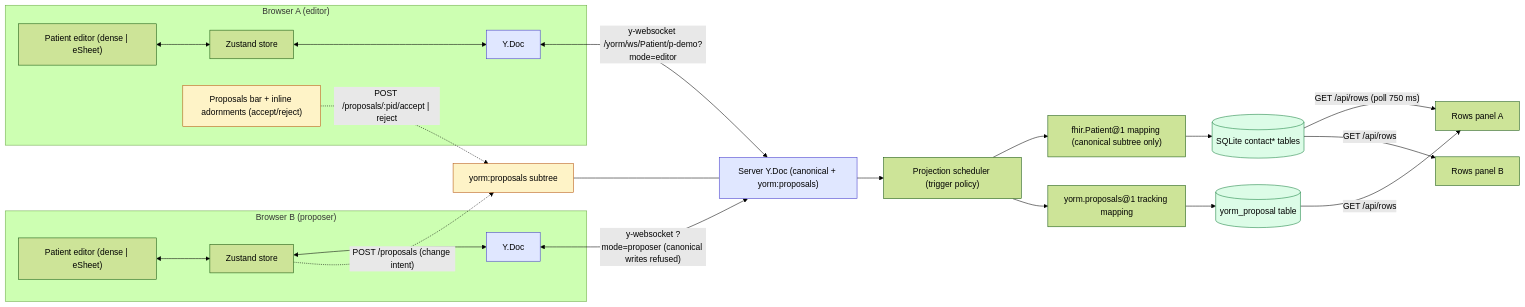
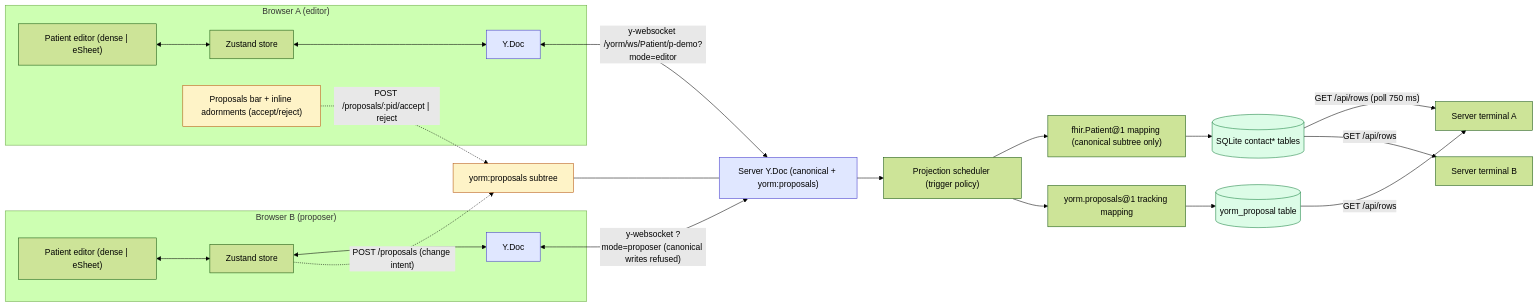
Before and after one commit to mieweb/yorm: the diagram in examples/patient-collab-demo/README.md, drawn with Mermaid (forest theme). The commit also changed other lines of this file and 12 other files, not shown here.

First line of the commit message:
feat(demo): stage the page as two windows — app vs. server terminal

````diff
--- a/examples/patient-collab-demo/README.md
+++ b/examples/patient-collab-demo/README.md
@@ -82,30 +92,30 @@
 ```mermaid
 graph LR
   subgraph BrowserA["Browser A (editor)"]
     FormA["Patient editor (dense | eSheet)"] <--> StoreA["Zustand store"] <--> DocA["Y.Doc"]
     ReviewA["Proposals bar + inline adornments (accept/reject)"]
   end
   subgraph BrowserB["Browser B (proposer)"]
     FormB["Patient editor (dense | eSheet)"] <--> StoreB["Zustand store"] <--> DocB["Y.Doc"]
   end
   DocA <-->|"y-websocket /yorm/ws/Patient/p-demo?mode=editor"| ServerDoc["Server Y.Doc (canonical + yorm:proposals)"]
   DocB <-->|"y-websocket ?mode=proposer (canonical writes refused)"| ServerDoc
   StoreB -.->|"POST /proposals (change intent)"| Proposals["yorm:proposals subtree"]
   Proposals --- ServerDoc
   ReviewA -.->|"POST /proposals/:pid/accept | reject"| Proposals
   ServerDoc --> Scheduler["Projection scheduler (trigger policy)"]
   Scheduler --> Mapping["fhir.Patient@1 mapping (canonical subtree only)"]
   Scheduler --> Tracking["yorm.proposals@1 tracking mapping"]
   Mapping --> Sqlite[("SQLite contact* tables")]
   Tracking --> ProposalTable[("yorm_proposal table")]
-  Sqlite -->|"GET /api/rows (poll 750 ms)"| PanelA["Rows panel A"]
+  Sqlite -->|"GET /api/rows (poll 750 ms)"| PanelA["Server terminal A"]
   ProposalTable -->|"GET /api/rows"| PanelA
-  Sqlite -->|"GET /api/rows"| PanelB["Rows panel B"]
+  Sqlite -->|"GET /api/rows"| PanelB["Server terminal B"]
 
   classDef doc fill:#e0e7ff,stroke:#4338ca;
   classDef store fill:#dcfce7,stroke:#15803d;
   classDef proposal fill:#fef3c7,stroke:#b45309;
   class DocA,DocB,ServerDoc doc;
   class Sqlite,ProposalTable store;
   class Proposals,ReviewA proposal;
 ```
````
